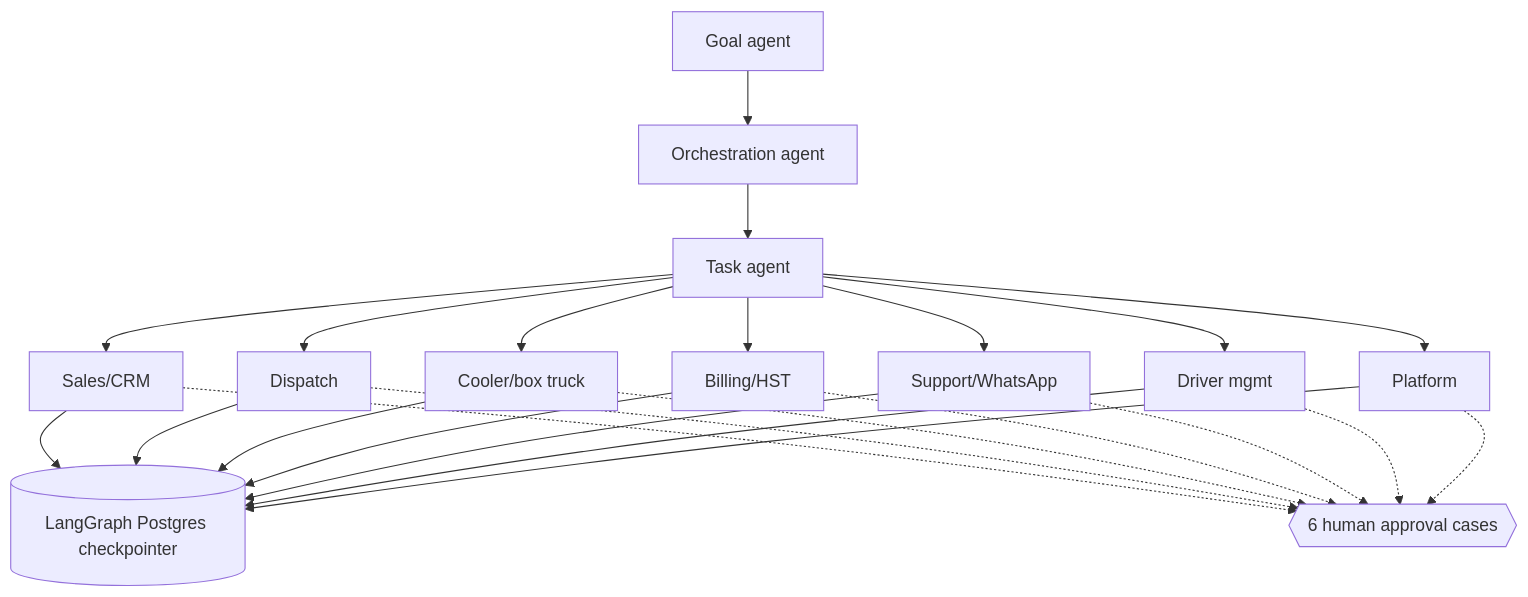
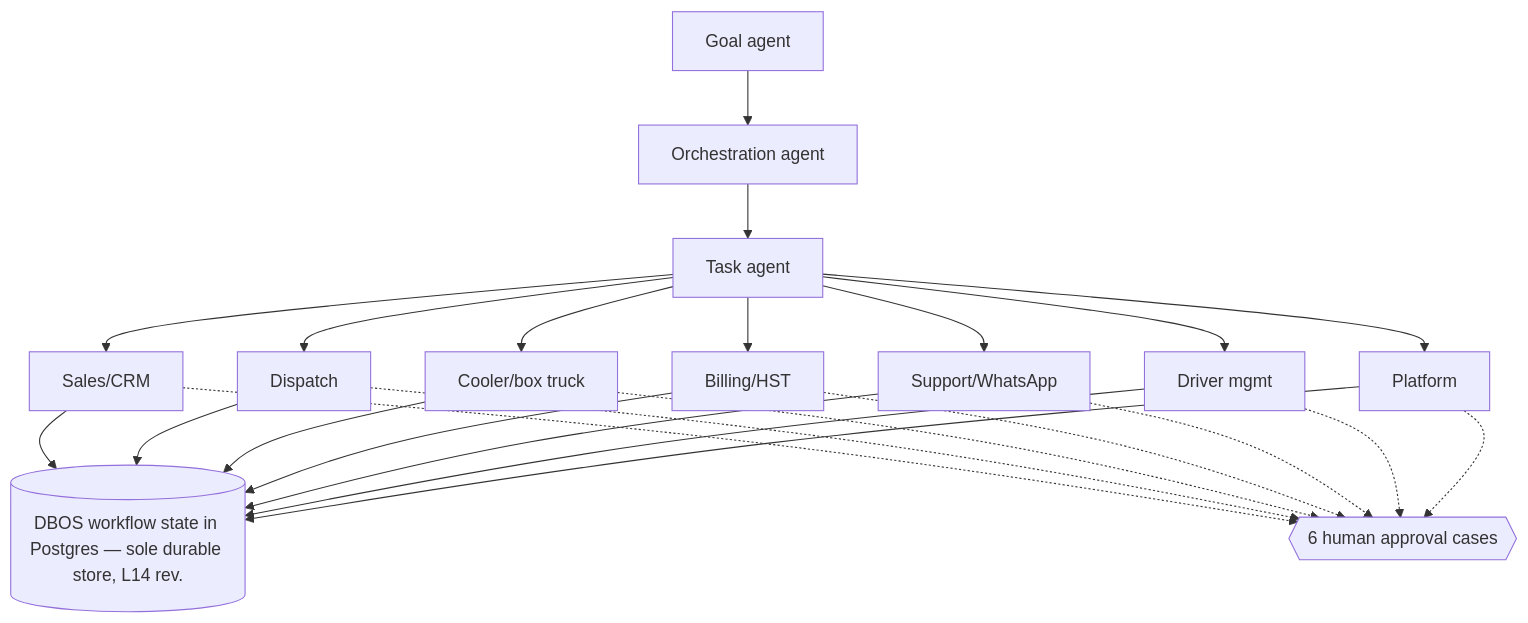
One commit to PORTERCHAIN-INC/PCD changed the diagram in docs/architecture/18_planned_agents.md. Above: the diagram before and after it, drawn with Mermaid. The commit also changed 32 other files, not shown here.

Commit message:
docs(architecture): 31-39, 48-55 plan docs; 29 all items decided; PydanticAI-in-DBOS everywhere; Ravi decisions recorded

````diff
--- a/docs/architecture/18_planned_agents.md
+++ b/docs/architecture/18_planned_agents.md
@@ -3,7 +3,7 @@
 ```mermaid
 flowchart TB
   G[Goal agent] --> O[Orchestration agent] --> TK[Task agent]
   TK --> D1[Sales/CRM] & D2[Dispatch] & D3[Cooler/box truck] & D4[Billing/HST] & D5[Support/WhatsApp] & D6[Driver mgmt] & D7[Platform]
-  D1 & D2 & D3 & D4 & D5 & D6 & D7 --> CK[(LangGraph Postgres checkpointer)]
+  D1 & D2 & D3 & D4 & D5 & D6 & D7 --> CK[(DBOS workflow state in Postgres — sole durable store, L14 rev.)]
   D1 & D2 & D3 & D4 & D5 & D6 & D7 -.-> APR{{6 human approval cases}}
 ```
````
